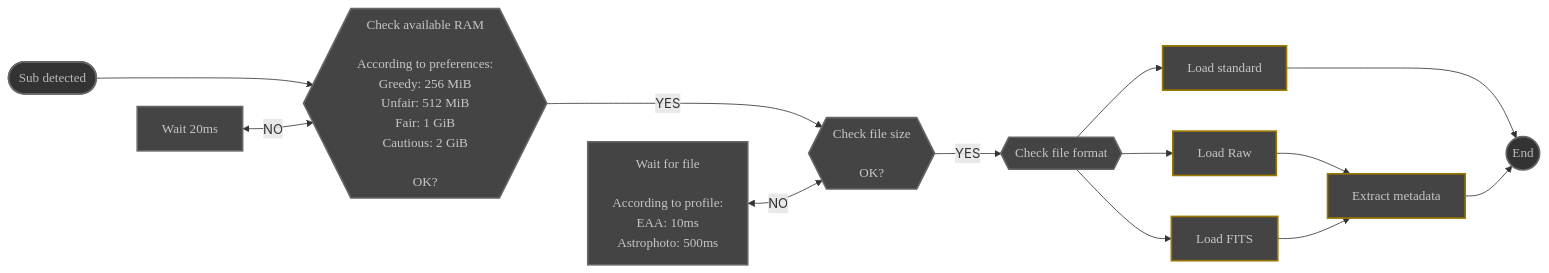
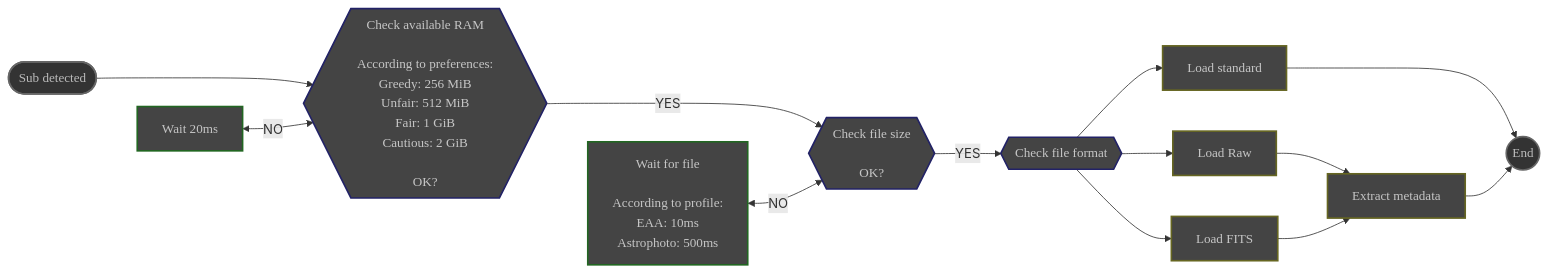
Before and after one commit to deufrai/als: the diagram in content/en/docs/v0.7/reference/modules/scanner.md, drawn with Mermaid. The commit also changed other lines of this file and 1 other file, not shown here.

Commit message:
use styling classes in scanner flowchart

````diff
--- a/content/en/docs/v0.7/reference/modules/scanner.md
+++ b/content/en/docs/v0.7/reference/modules/scanner.md
@@ -62,50 +62,56 @@
 ```mermaid
 flowchart LR
     START([Sub detected])
     
     WAIT_FILE[Wait for file<br><br>According to profile:<br>EAA: 10ms<br>Astrophoto: 500ms]    
     WAIT_RAM[Wait 20ms]
     
     CHECK_RAM{{Check available RAM<br><br>According to preferences:<br>Greedy: 256 MiB<br>Unfair: 512 MiB<br>Fair: 1 GiB<br>Cautious: 2 GiB<br><br>OK?}}
     CHECK_SIZE{{Check file size<br><br>OK?}}
     TEST_FORMAT{{Check file format}}
     
     FITS[Load FITS]
     STANDARD[Load standard]
     RAW[Load Raw]
     
     METADATA[Extract metadata]
     
     END((End))
     
     START ---> CHECK_RAM   
     WAIT_RAM <-->|NO| CHECK_RAM
  
     
     CHECK_RAM --->|YES| CHECK_SIZE
     WAIT_FILE <-->|NO| CHECK_SIZE   
     CHECK_SIZE -->|YES| TEST_FORMAT
 
     TEST_FORMAT -->  FITS
     TEST_FORMAT -->  STANDARD
     TEST_FORMAT -->  RAW
     
 
     RAW --> METADATA
     FITS --> METADATA
     
     STANDARD ---> END
     METADATA --> END
     
-    style START fill:#333,stroke:#666,stroke-width:2px,color:#BBB,font-family:'Poppins',sans-serif
-    style WAIT_RAM fill:#444,stroke:#666,stroke-width:2px,color:#c6c6c6,font-family:'Poppins',sans-serif
-    style CHECK_RAM fill:#444,stroke:#666,stroke-width:2px,color:#c6c6c6,font-family:'Poppins',sans-serif
-    style CHECK_SIZE fill:#444,stroke:#666,stroke-width:2px,color:#c6c6c6,font-family:'Poppins',sans-serif
-    style WAIT_FILE fill:#444,stroke:#666,stroke-width:2px,color:#c6c6c6,font-family:'Poppins',sans-serif
-    style TEST_FORMAT fill:#444,stroke:#666,stroke-width:2px,color:#c6c6c6,font-family:'Poppins',sans-serif
-    style FITS fill:#444,stroke:#970,stroke-width:2px,color:#c6c6c6,font-family:'Poppins',sans-serif
-    style STANDARD fill:#444,stroke:#970,stroke-width:2px,color:#c6c6c6,font-family:'Poppins',sans-serif
-    style RAW fill:#444,stroke:#970,stroke-width:2px,color:#c6c6c6,font-family:'Poppins',sans-serif
-    style METADATA fill:#444,stroke:#970,stroke-width:2px,color:#c6c6c6,font-family:'Poppins',sans-serif
-    style END fill:#333,stroke:#666,stroke-width:2px,color:#BBB,font-family:'Poppins',sans-serif
+    classDef bounds fill: #333, stroke: #666, stroke-width: 2px, color: #BBB, font-family: 'Poppins', sans-serif
+    classDef step fill: #444, stroke: #662, stroke-width:2px, color: #c6c6c6, font-family: 'Poppins',sans-serif
+    classDef wait  fill: #444, stroke: #262,stroke-width: 2px, color: #c6c6c6, font-family:'Poppins', sans-serif
+    classDef test fill: #444, stroke: #226, stroke-width: 2px, color: #c6c6c6, font-family: 'Poppins', sans-serif
+    
+    class START bounds
+    class WAIT_FILE wait
+    class WAIT_RAM wait
+    class CHECK_RAM test
+    class CHECK_SIZE test
+    class TEST_FORMAT test
+    class FITS step
+    class STANDARD step
+    class RAW step
+    class METADATA step
+    class END bounds
+
 ```
````
